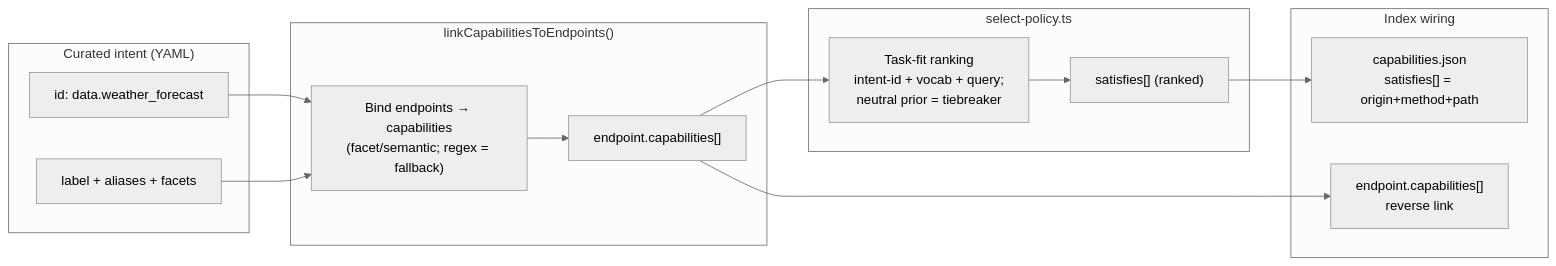
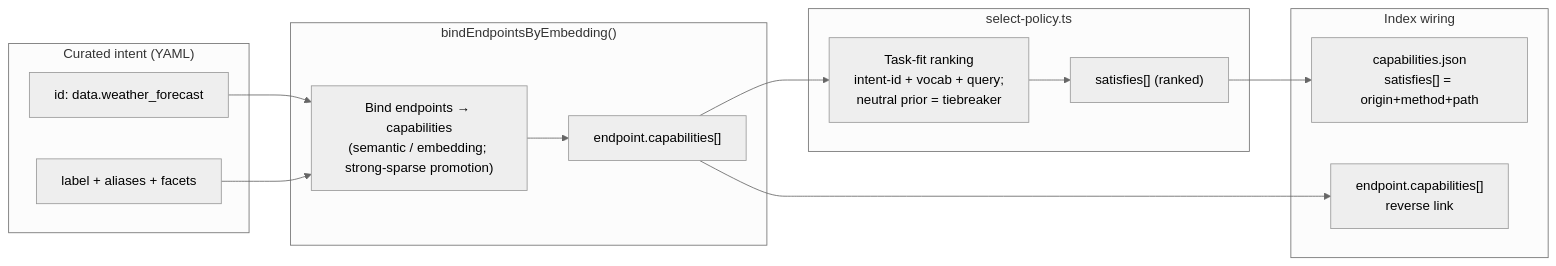
The fourth of 5 diagrams in ARCHITECTURE.md (Syntalic/OASIS), drawn with Mermaid (neutral theme) before and after one commit. The commit also changed other lines of this file and 15 other files, not shown here.

````diff
--- a/ARCHITECTURE.md
+++ b/ARCHITECTURE.md
@@ -172,27 +172,27 @@
 ```mermaid
 flowchart LR
   subgraph intent["Curated intent (YAML)"]
     ID2["id: data.weather_forecast"]
     LB["label + aliases + facets"]
   end
 
-  subgraph bind["linkCapabilitiesToEndpoints()"]
-    M["Bind endpoints → capabilities<br/>(facet/semantic; regex = fallback)"]
+  subgraph bind["bindEndpointsByEmbedding()"]
+    M["Bind endpoints → capabilities<br/>(semantic / embedding; strong-sparse promotion)"]
     C["endpoint.capabilities[]"]
   end
 
   subgraph rank["select-policy.ts"]
     N["Task-fit ranking<br/>intent-id + vocab + query;<br/>neutral prior = tiebreaker"]
     TOP["satisfies[] (ranked)"]
   end
 
   subgraph wire["Index wiring"]
     SAT["capabilities.json<br/>satisfies[] = origin+method+path"]
     REV["endpoint.capabilities[]<br/>reverse link"]
   end
 
   ID2 --> M
   LB --> M
   M --> C --> N --> TOP --> SAT
   C --> REV
 ```
````
